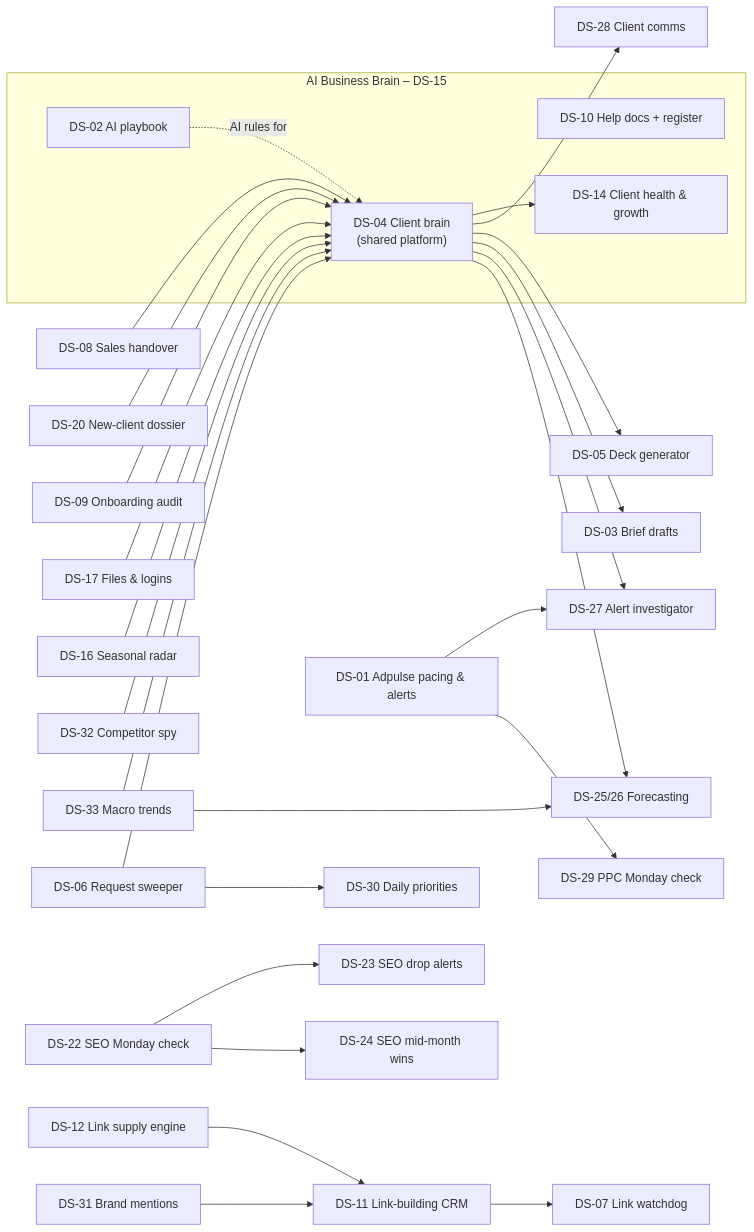
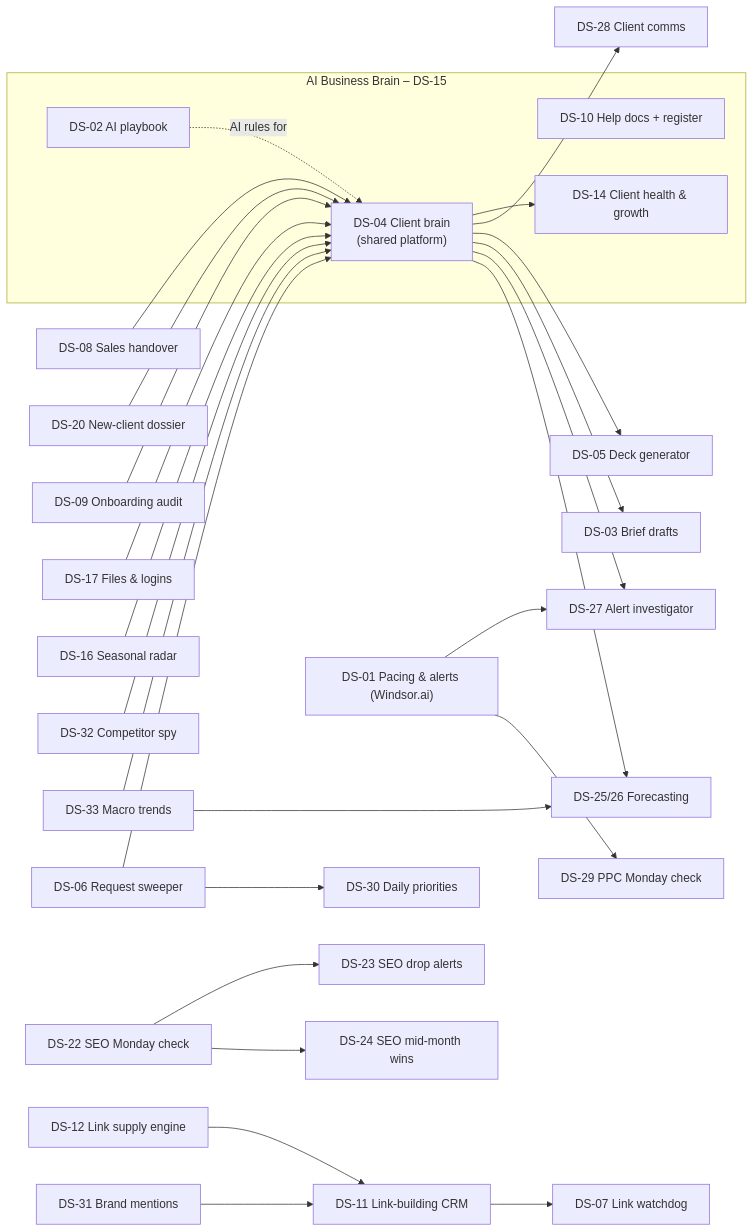
One commit to transperaai/aperitif-research-pack changed the second of 2 diagrams in README.md. Above: the diagram before and after it, drawn with Mermaid. The commit also changed other lines of this file and 94 other files, not shown here.

````diff
--- a/README.md
+++ b/README.md
@@ -41,33 +41,33 @@
 ```mermaid
 flowchart LR
   subgraph BRAIN["AI Business Brain – DS-15"]
     DS04["DS-04 Client brain<br/>(shared platform)"]
     DS02["DS-02 AI playbook"]
     DS10["DS-10 Help docs + register"]
     DS14["DS-14 Client health & growth"]
   end
   DS02 -. "AI rules for" .-> DS04
   DS08["DS-08 Sales handover"] --> DS04
   DS20["DS-20 New-client dossier"] --> DS04
   DS09["DS-09 Onboarding audit"] --> DS04
   DS17["DS-17 Files & logins"] --> DS04
   DS16["DS-16 Seasonal radar"] --> DS04
   DS32["DS-32 Competitor spy"] --> DS04
   DS33["DS-33 Macro trends"] --> DS04
   DS04 --> DS14
   DS04 --> DS28["DS-28 Client comms"]
   DS04 --> DS05["DS-05 Deck generator"]
   DS04 --> DS03["DS-03 Brief drafts"]
   DS06["DS-06 Request sweeper"] --> DS30["DS-30 Daily priorities"]
   DS06 --> DS04
-  DS01["DS-01 Adpulse pacing & alerts"] --> DS27["DS-27 Alert investigator"]
+  DS01["DS-01 Pacing & alerts (Windsor.ai)"] --> DS27["DS-27 Alert investigator"]
   DS01 --> DS29["DS-29 PPC Monday check"]
   DS04 --> DS27
   DS22["DS-22 SEO Monday check"] --> DS23["DS-23 SEO drop alerts"]
   DS22 --> DS24["DS-24 SEO mid-month wins"]
   DS33 --> DS25["DS-25/26 Forecasting"]
   DS04 --> DS25
   DS12["DS-12 Link supply engine"] --> DS11["DS-11 Link-building CRM"]
   DS31["DS-31 Brand mentions"] --> DS11
   DS11 --> DS07["DS-07 Link watchdog"]
 ```
````
